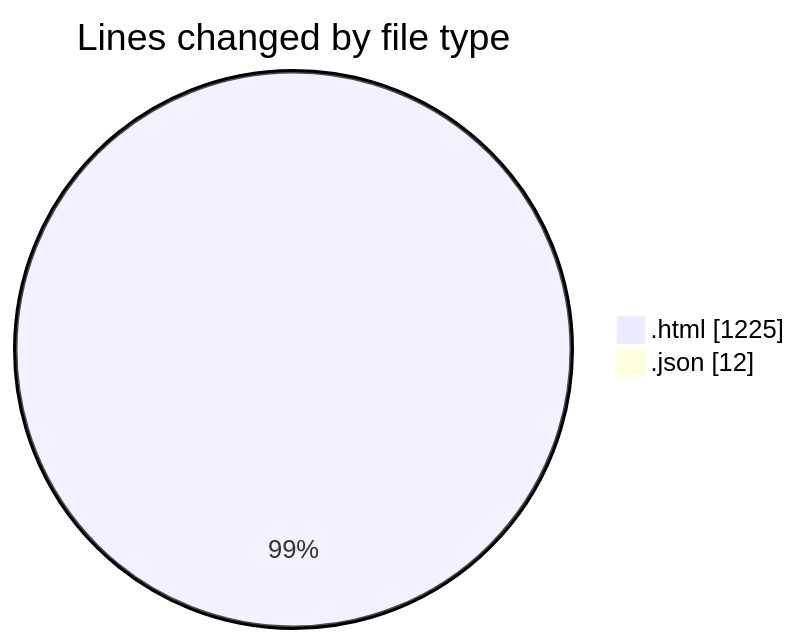
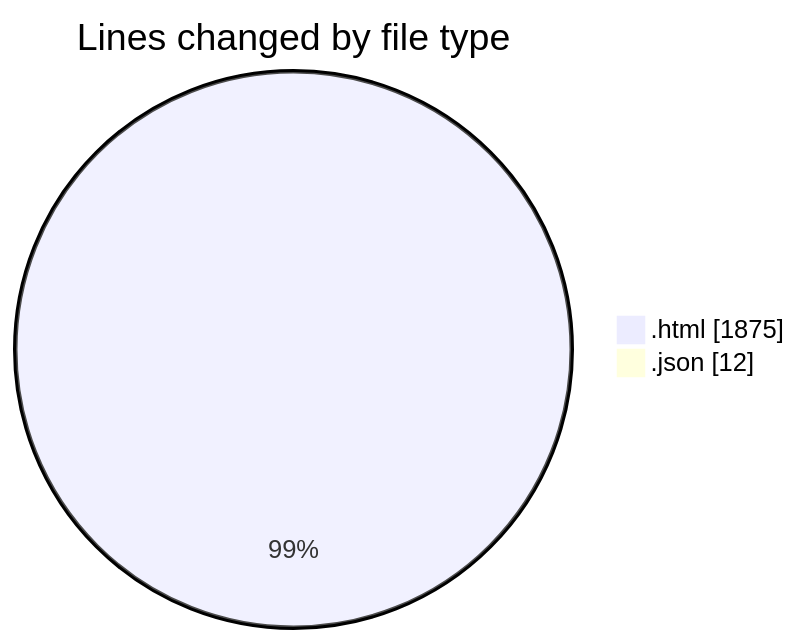
The first of 2 diagrams in 2026-05-21/pdf_invoice/README.md (momahboobian/code-tracking), drawn with Mermaid before and after one commit. The commit also changed other lines of this file and 1 other file, not shown here.

````diff
--- a/2026-05-21/pdf_invoice/README.md
+++ b/2026-05-21/pdf_invoice/README.md
@@ -22,6 +22,6 @@
 ```mermaid
 pie showData
 title Lines changed by file type
-".html" : 1225
+".html" : 1875
 ".json" : 12
 ```
````
